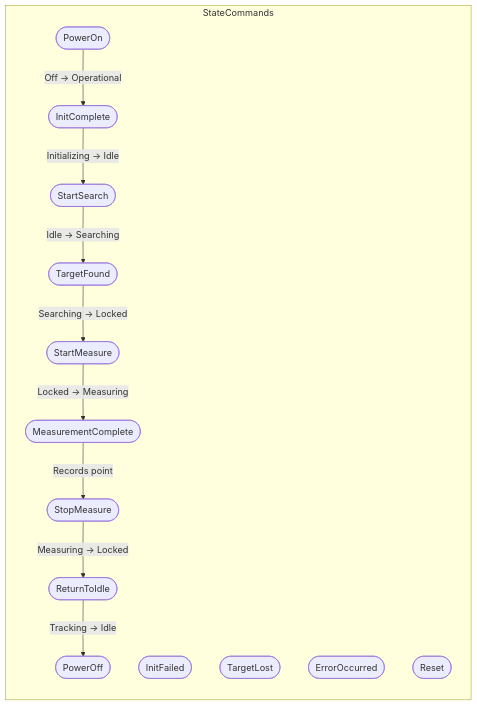
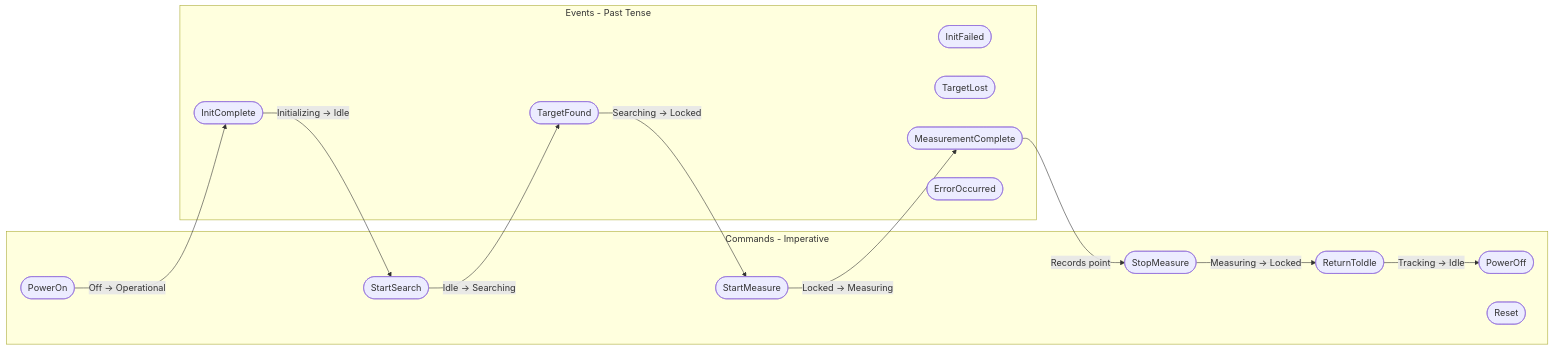
The second of 3 diagrams in README.md (lucwens/StateMachine), drawn with Mermaid before and after one commit. The commit also changed other lines of this file and 6 other files, not shown here.

First line of the commit message:
refactor: Split StateCommands into Events and Commands namespaces

````diff
--- a/README.md
+++ b/README.md
@@ -62,27 +102,30 @@
 ```mermaid
 flowchart LR
-    subgraph StateCommands
+    subgraph Commands [Commands - Imperative]
         PowerOn([PowerOn])
         PowerOff([PowerOff])
+        StartSearch([StartSearch])
+        StartMeasure([StartMeasure])
+        StopMeasure([StopMeasure])
+        Reset([Reset])
+        ReturnToIdle([ReturnToIdle])
+    end
+
+    subgraph Events [Events - Past Tense]
         InitComplete([InitComplete])
         InitFailed([InitFailed])
-        StartSearch([StartSearch])
         TargetFound([TargetFound])
         TargetLost([TargetLost])
-        StartMeasure([StartMeasure])
-        StopMeasure([StopMeasure])
         MeasurementComplete([MeasurementComplete])
         ErrorOccurred([ErrorOccurred])
-        Reset([Reset])
-        ReturnToIdle([ReturnToIdle])
     end
 
     PowerOn --> |Off → Operational| InitComplete
     InitComplete --> |Initializing → Idle| StartSearch
     StartSearch --> |Idle → Searching| TargetFound
     TargetFound --> |Searching → Locked| StartMeasure
     StartMeasure --> |Locked → Measuring| MeasurementComplete
     MeasurementComplete --> |Records point| StopMeasure
     StopMeasure --> |Measuring → Locked| ReturnToIdle
     ReturnToIdle --> |Tracking → Idle| PowerOff
 ```
````
